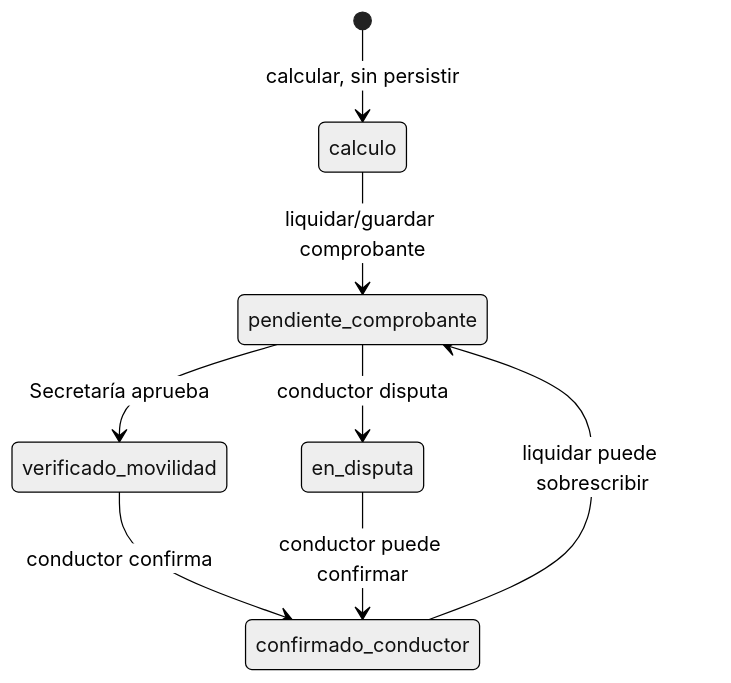
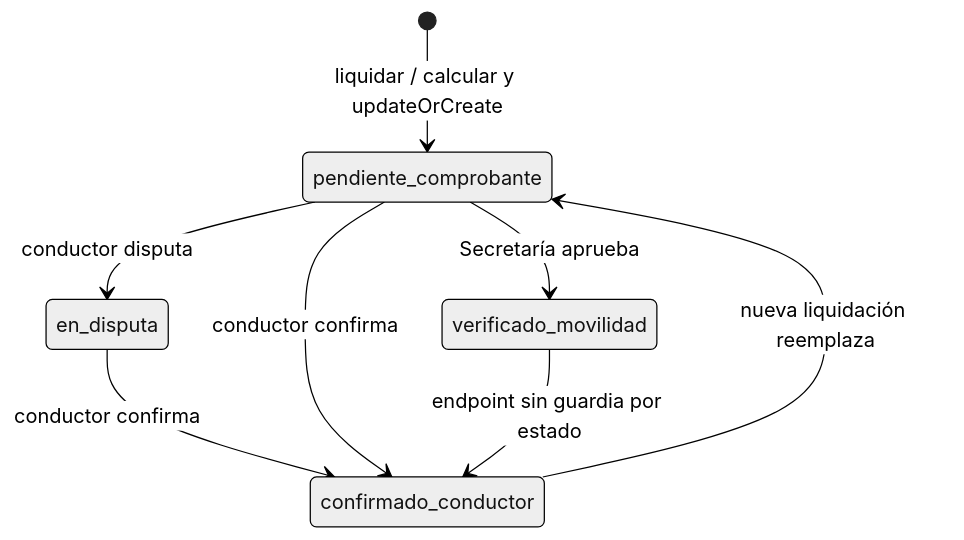
The sixth of 7 diagrams in AUDITORIA/maquina-de-estados.md (Thepropollo/back-movilidad-laravel), drawn with Mermaid (neutral theme) before and after one commit. The commit also changed other lines of this file and 7 other files, not shown here.

````diff
--- a/AUDITORIA/maquina-de-estados.md
+++ b/AUDITORIA/maquina-de-estados.md
@@ -84,10 +98,10 @@
 ```mermaid
 stateDiagram-v2
-  [*] --> calculo: calcular, sin persistir
-  calculo --> pendiente_comprobante: liquidar/guardar comprobante
+  [*] --> pendiente_comprobante: liquidar / calcular y updateOrCreate
   pendiente_comprobante --> verificado_movilidad: Secretaría aprueba
   pendiente_comprobante --> en_disputa: conductor disputa
-  verificado_movilidad --> confirmado_conductor: conductor confirma
-  en_disputa --> confirmado_conductor: conductor puede confirmar
-  confirmado_conductor --> pendiente_comprobante: liquidar puede sobrescribir
+  en_disputa --> confirmado_conductor: conductor confirma
+  pendiente_comprobante --> confirmado_conductor: conductor confirma
+  verificado_movilidad --> confirmado_conductor: endpoint sin guardia por estado
+  confirmado_conductor --> pendiente_comprobante: nueva liquidación reemplaza
 ```
````
